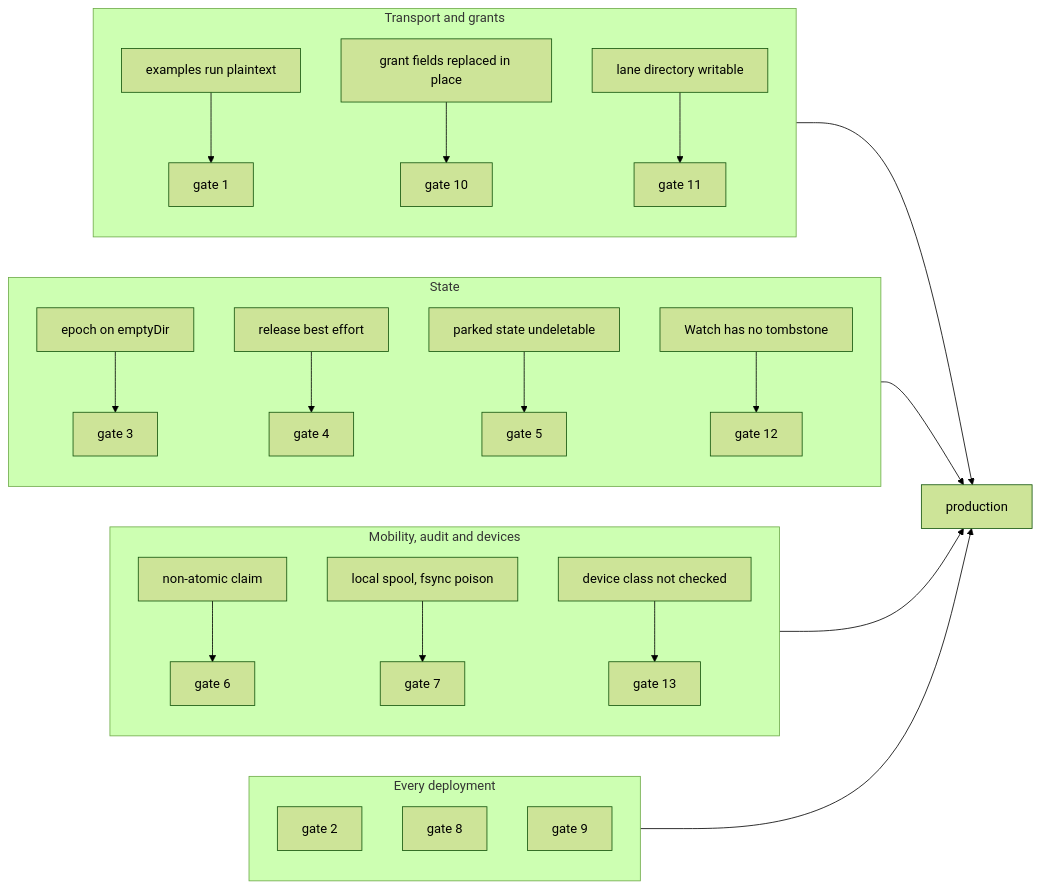
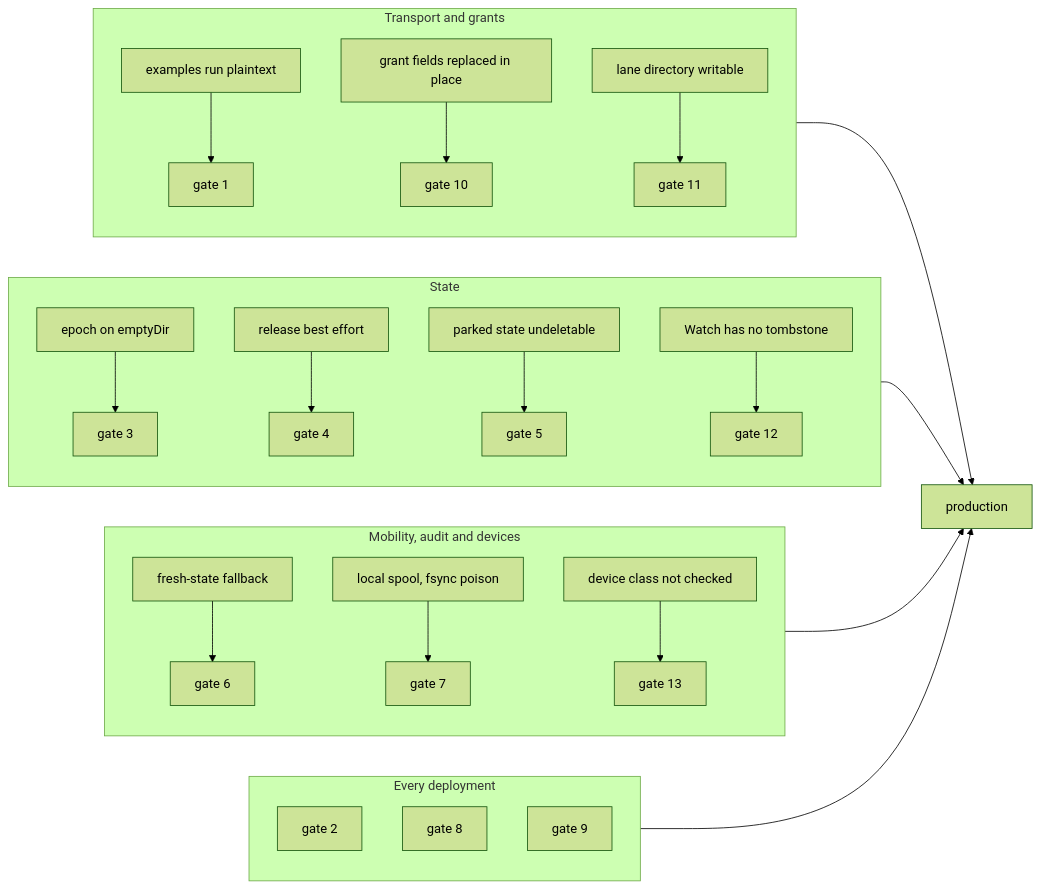
One commit to helayoty/fiberd changed the diagram in docs/design/readiness.md. Above: the diagram before and after it, drawn with Mermaid (forest theme). The commit also changed other lines of this file and 92 other files, not shown here.

````diff
--- a/docs/design/readiness.md
+++ b/docs/design/readiness.md
@@ -11,25 +11,25 @@
 ```mermaid
 flowchart LR
   subgraph T[Transport and grants]
     P[examples run plaintext] --> G1[gate 1]
     GF[grant fields replaced in place] --> G10[gate 10]
     LD[lane directory writable] --> G11[gate 11]
   end
   subgraph S[State]
     E[epoch on emptyDir] --> G3[gate 3]
     R[release best effort] --> G4[gate 4]
     D[parked state undeletable] --> G5[gate 5]
     W[Watch has no tombstone] --> G12[gate 12]
   end
   subgraph M[Mobility, audit and devices]
-    C[non-atomic claim] --> G6[gate 6]
+    C[fresh-state fallback] --> G6[gate 6]
     A[local spool, fsync poison] --> G7[gate 7]
     DC[device class not checked] --> G13[gate 13]
   end
   subgraph X[Every deployment]
     G2[gate 2]
     G8[gate 8]
     G9[gate 9]
   end
   T & S & M & X --> OK[production]
 ```
````
